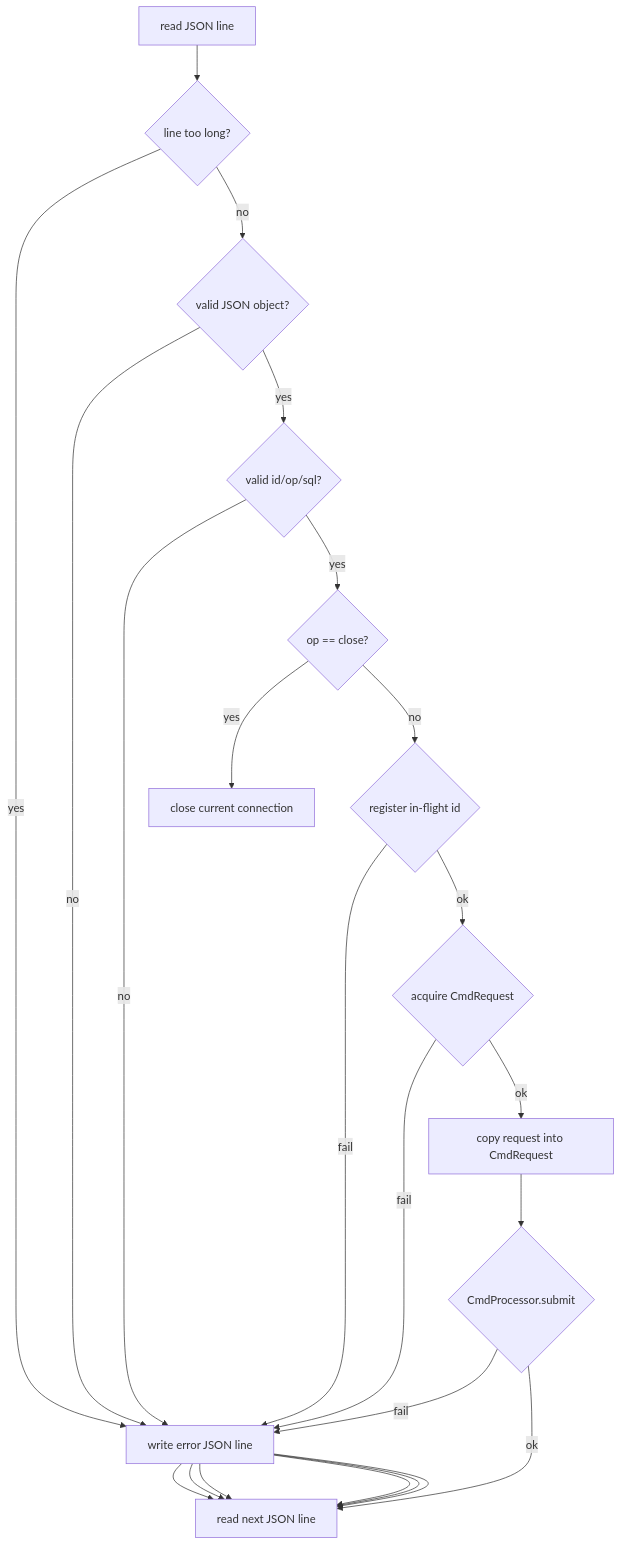
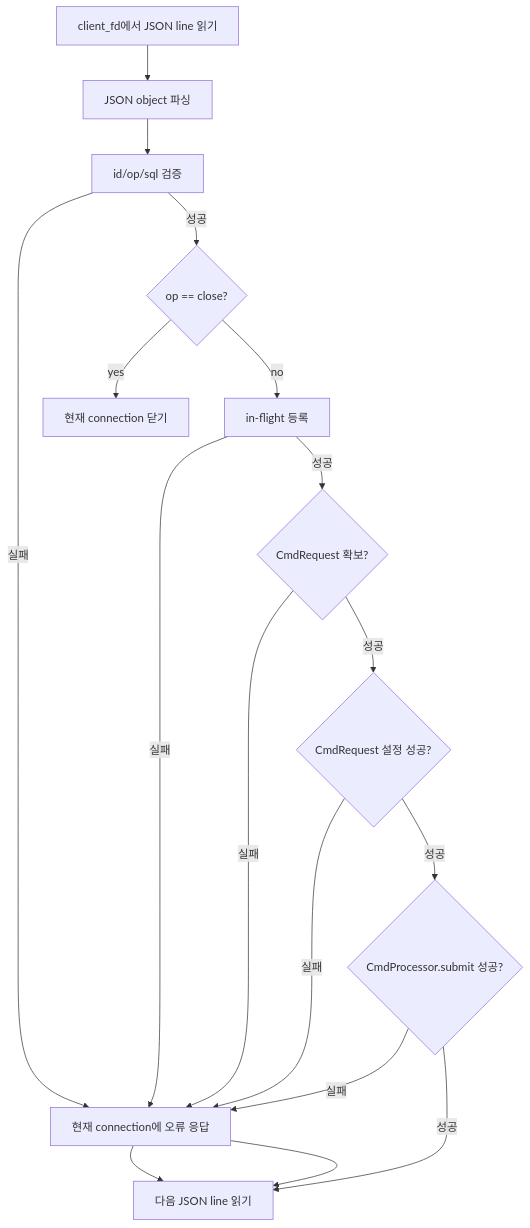
One commit to Wish-Upon-A-Star/SQL-B-Tree changed the third of 5 diagrams in docs/sijun-yang/004_tcp_cmd_processor_architecture_flow.md. Above: the diagram before and after it, drawn with Mermaid. The commit also changed other lines of this file, not shown here.

Commit message:
docs: clarify TCP command processor flow

````diff
--- a/docs/sijun-yang/004_tcp_cmd_processor_architecture_flow.md
+++ b/docs/sijun-yang/004_tcp_cmd_processor_architecture_flow.md
@@ -111,31 +148,28 @@
 ```mermaid
 flowchart TD
-    Read[read JSON line]
-    TooLong{line too long?}
-    Parse{valid JSON object?}
-    Fields{valid id/op/sql?}
+    Read[client_fd에서 JSON line 읽기]
+    Parse[JSON object 파싱]
+    Validate[id/op/sql 검증]
     Close{op == close?}
-    Register{register in-flight id}
-    Acquire{acquire CmdRequest}
-    SetReq[copy request into CmdRequest]
-    Submit{CmdProcessor.submit}
-    Error[write error JSON line]
-    CloseConn[close current connection]
-    Next[read next JSON line]
+    Register[in-flight 등록]
+    Acquire{CmdRequest 확보?}
+    SetReq{CmdRequest 설정 성공?}
+    Submit{CmdProcessor.submit 성공?}
+    Next[다음 JSON line 읽기]
+    DirectError[현재 connection에 오류 응답]
+    CloseConn[현재 connection 닫기]
 
-    Read --> TooLong
-    TooLong -- yes --> Error --> Next
-    TooLong -- no --> Parse
-    Parse -- no --> Error --> Next
-    Parse -- yes --> Fields
-    Fields -- no --> Error --> Next
-    Fields -- yes --> Close
+    Read --> Parse --> Validate
+    Validate -- 실패 --> DirectError --> Next
+    Validate -- 성공 --> Close
     Close -- yes --> CloseConn
     Close -- no --> Register
-    Register -- fail --> Error --> Next
-    Register -- ok --> Acquire
-    Acquire -- fail --> Error --> Next
-    Acquire -- ok --> SetReq --> Submit
-    Submit -- fail --> Error --> Next
-    Submit -- ok --> Next
+    Register -- 실패 --> DirectError --> Next
+    Register -- 성공 --> Acquire
+    Acquire -- 실패 --> DirectError
+    Acquire -- 성공 --> SetReq
+    SetReq -- 실패 --> DirectError
+    SetReq -- 성공 --> Submit
+    Submit -- 실패 --> DirectError
+    Submit -- 성공 --> Next
 ```
````
